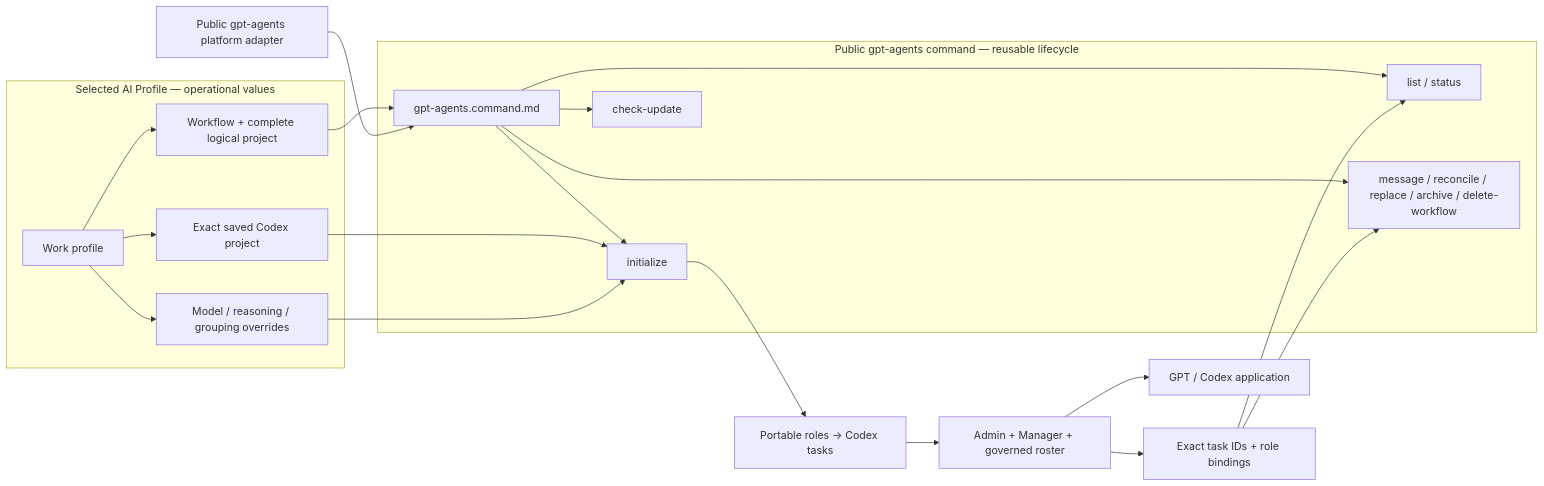
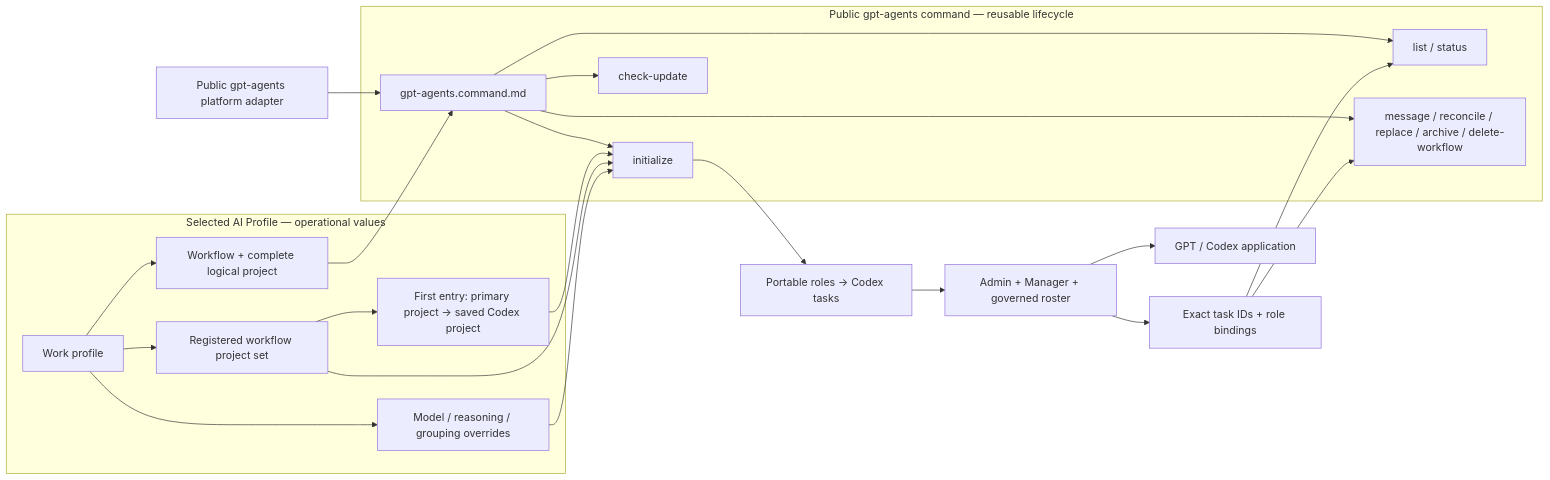
One commit to starodubtsevconsulting/ai-fleas changed the diagram in ai-commands/gpt-agents/gpt-agents.command.md. Above: the diagram before and after it, drawn with Mermaid. The commit also changed other lines of this file and 25 other files, not shown here.

````diff
--- a/ai-commands/gpt-agents/gpt-agents.command.md
+++ b/ai-commands/gpt-agents/gpt-agents.command.md
@@ -12,31 +12,33 @@
 ```mermaid
 flowchart LR
   subgraph PrivateProfile["Selected AI Profile — operational values"]
     Profile["Work profile"] --> Workflow["Workflow + complete logical project"]
-    Profile --> Project["Exact saved Codex project"]
+    Profile --> ProjectSet["Registered workflow project set"]
+    ProjectSet --> PrimaryProject["First entry: primary project → saved Codex project"]
     Profile --> Overrides["Model / reasoning / grouping overrides"]
   end
 
   subgraph PublicCommand["Public gpt-agents command — reusable lifecycle"]
     Contract["gpt-agents.command.md"]
     Initialize["initialize"]
     Inspect["list / status"]
     CheckUpdate["check-update"]
     Operate["message / reconcile / replace / archive / delete-workflow"]
     Contract --> Initialize
     Contract --> Inspect
     Contract --> CheckUpdate
     Contract --> Operate
   end
 
   Workflow --> Contract
   Adapter["Public gpt-agents platform adapter"] --> Contract
-  Project --> Initialize
+  PrimaryProject --> Initialize
+  ProjectSet --> Initialize
   Overrides --> Initialize
   Initialize --> Mapping["Portable roles → Codex tasks"]
   Mapping --> Tasks["Admin + Manager + governed roster"]
   Tasks --> Receipts["Exact task IDs + role bindings"]
   Receipts --> Inspect
   Receipts --> Operate
   Tasks --> App["GPT / Codex application"]
 ```
````
